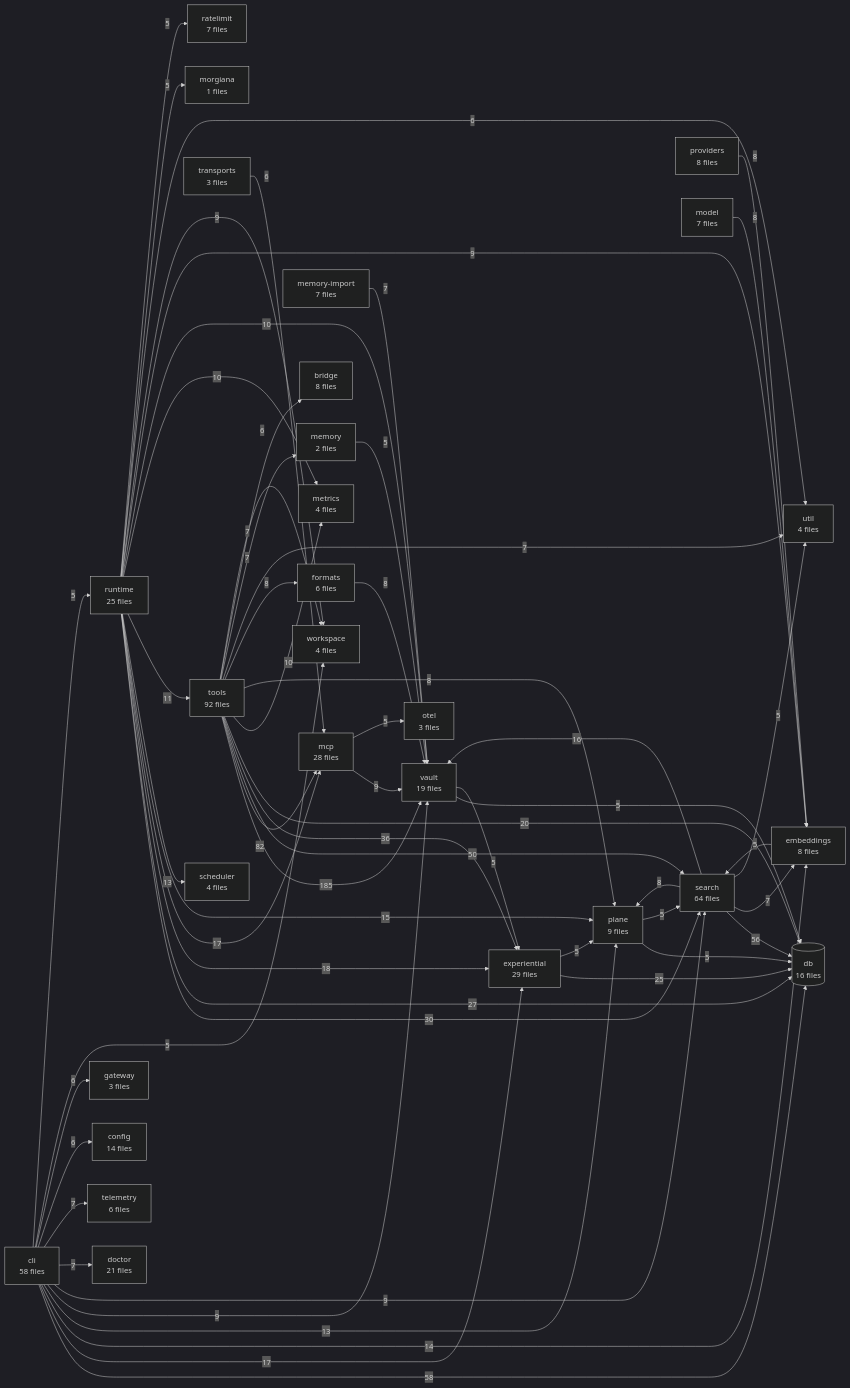
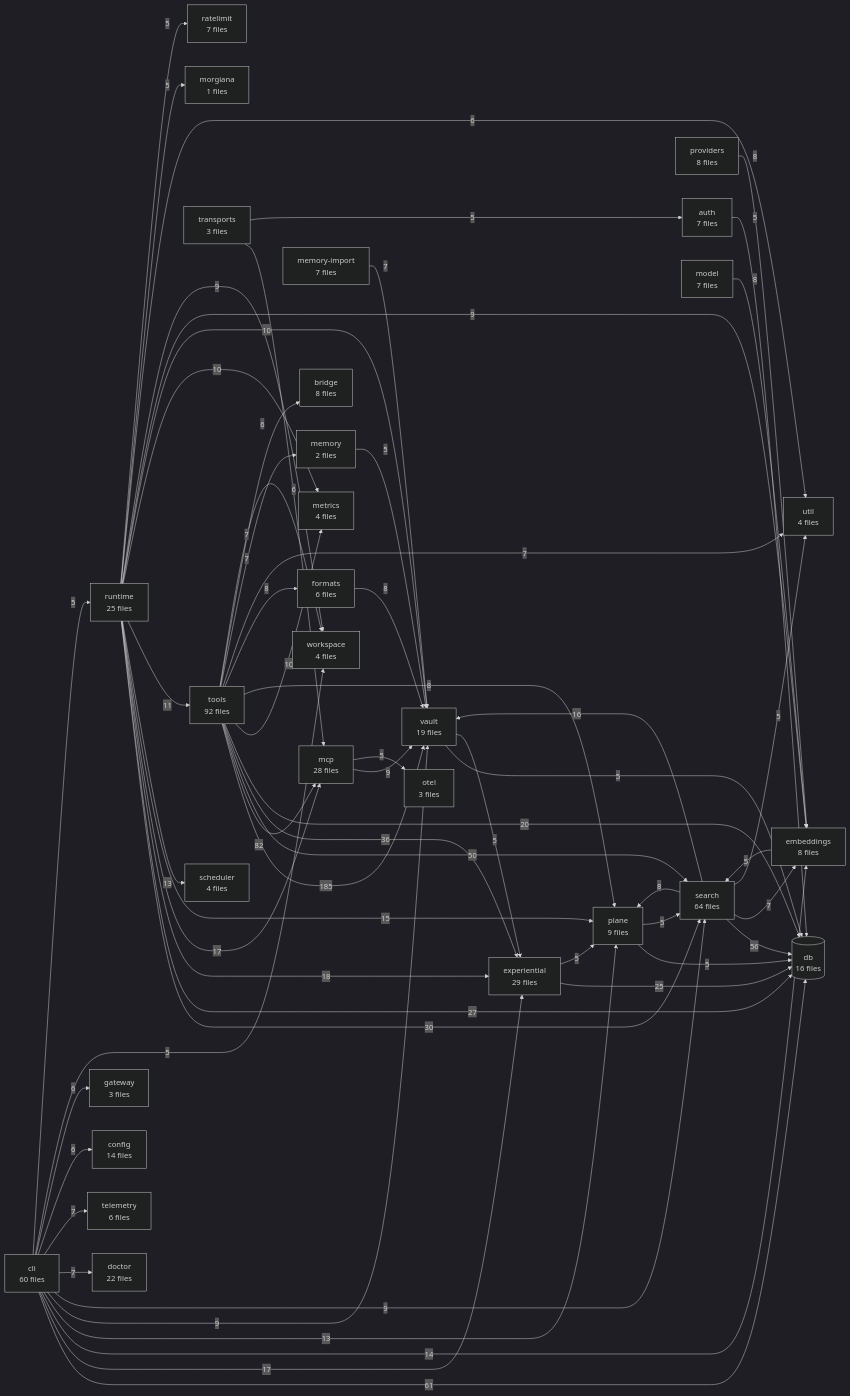
Before and after one commit to The-40-Thieves/obsidian-tc: the diagram in TREE.md, drawn with Mermaid (dark theme). The commit also changed other lines of this file and 13 other files, not shown here.

````diff
--- a/TREE.md
+++ b/TREE.md
@@ -328,11 +329,11 @@
 flowchart LR
   tools[tools<br/>92 files]
   search[search<br/>64 files]
-  cli[cli<br/>58 files]
+  cli[cli<br/>60 files]
   experiential[experiential<br/>29 files]
   mcp[mcp<br/>28 files]
   runtime[runtime<br/>25 files]
-  doctor[doctor<br/>21 files]
+  doctor[doctor<br/>22 files]
   vault[vault<br/>19 files]
   db[(db<br/>16 files)]
   config[config<br/>14 files]
@@ -340,6 +341,7 @@
   bridge[bridge<br/>8 files]
   embeddings[embeddings<br/>8 files]
   providers[providers<br/>8 files]
+  auth[auth<br/>7 files]
   memory-import[memory-import<br/>7 files]
   model[model<br/>7 files]
   ratelimit[ratelimit<br/>7 files]
@@ -357,7 +359,7 @@
 
   tools -->|185| vault
   tools -->|82| mcp
-  cli -->|58| db
+  cli -->|61| db
   search -->|56| db
   tools -->|50| search
   tools -->|36| experiential
@@ -400,6 +402,7 @@
   runtime -->|6| util
   tools -->|6| workspace
   transports -->|6| mcp
+  auth -->|5| db
   cli -->|5| workspace
   cli -->|5| runtime
   embeddings -->|5| search
@@ -411,6 +414,7 @@
   runtime -->|5| morgiana
   runtime -->|5| ratelimit
   search -->|5| util
+  transports -->|5| auth
   vault -->|5| db
   vault -->|5| experiential
 ```
````
